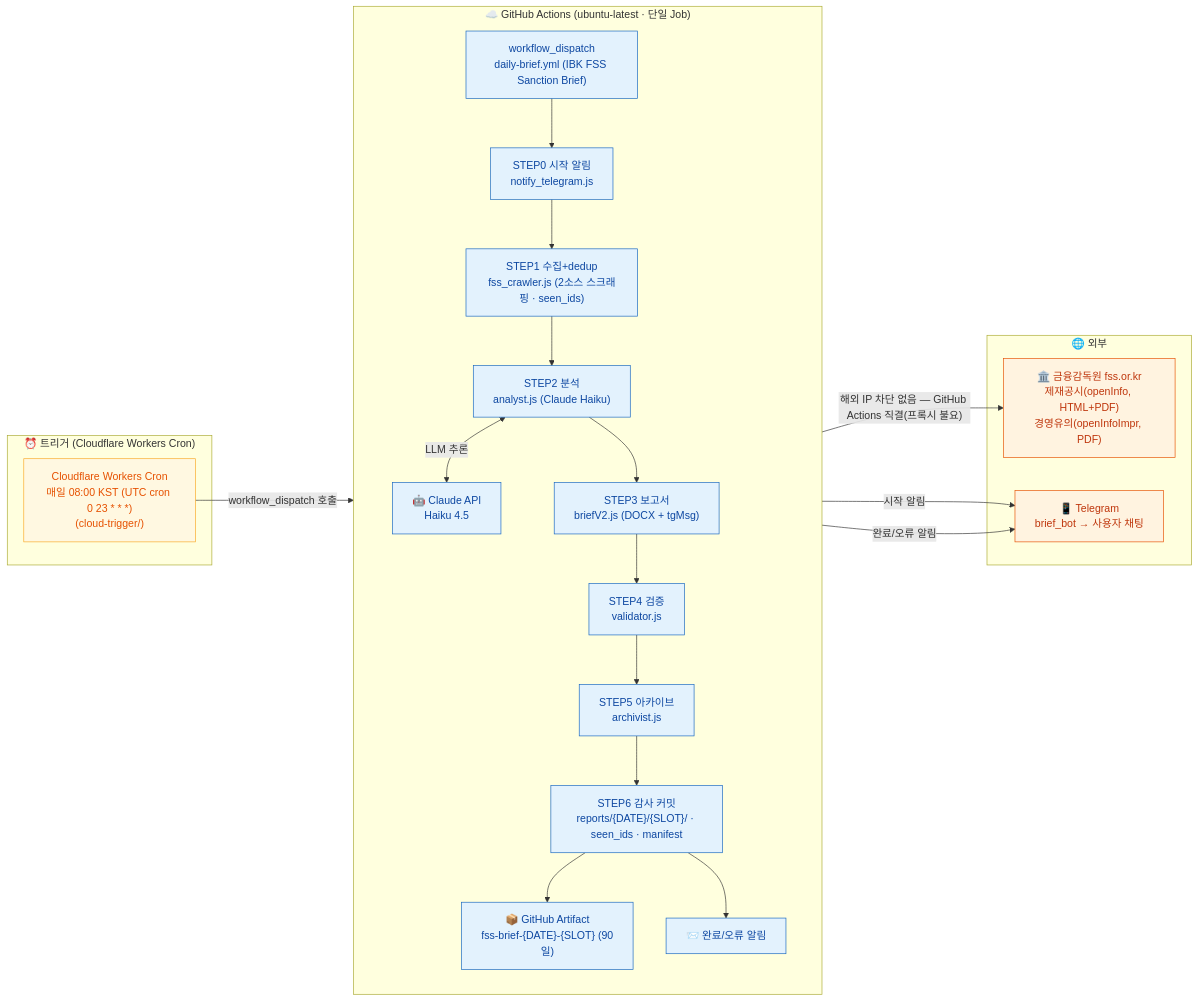
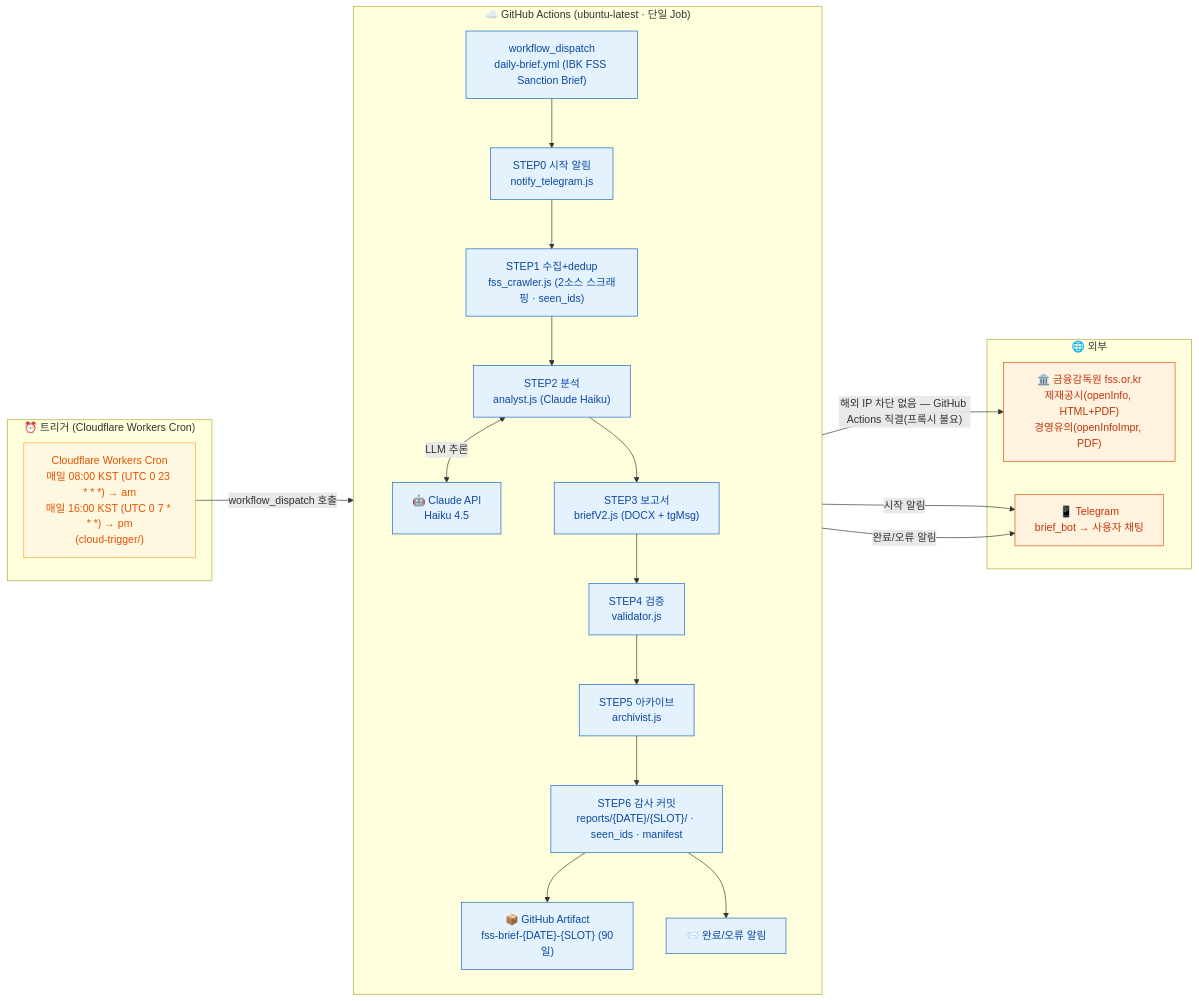
The first of 3 diagrams in docs/technical/ARCHITECTURE.md (pyorocop-lang/ibk-FSS-brief), drawn with Mermaid before and after one commit. The commit also changed other lines of this file and 20 other files, not shown here.

````diff
--- a/docs/technical/ARCHITECTURE.md
+++ b/docs/technical/ARCHITECTURE.md
@@ -13,45 +13,45 @@
 ```mermaid
 flowchart LR
     subgraph TRIGGER["⏰ 트리거 (Cloudflare Workers Cron)"]
-        CRON["Cloudflare Workers Cron\n매일 08:00 KST (UTC cron 0 23 * * *)\n(cloud-trigger/)"]
+        CRON["Cloudflare Workers Cron\n매일 08:00 KST (UTC 0 23 * * *) → am\n매일 16:00 KST (UTC 0 7 * * *) → pm\n(cloud-trigger/)"]
     end
 
     subgraph CLOUD["☁️ GitHub Actions (ubuntu-latest · 단일 Job)"]
         direction TB
         DISPATCH["workflow_dispatch\ndaily-brief.yml (IBK FSS Sanction Brief)"]
         S0["STEP0 시작 알림\nnotify_telegram.js"]
         S1["STEP1 수집+dedup\nfss_crawler.js (2소스 스크래핑 · seen_ids)"]
         S2["STEP2 분석\nanalyst.js (Claude Haiku)"]
         S3["STEP3 보고서\nbriefV2.js (DOCX + tgMsg)"]
         S4["STEP4 검증\nvalidator.js"]
         S5["STEP5 아카이브\narchivist.js"]
         S6["STEP6 감사 커밋\nreports/{DATE}/{SLOT}/ · seen_ids · manifest"]
         ARTIFACT["📦 GitHub Artifact\nfss-brief-{DATE}-{SLOT} (90일)"]
         NOTIFY["📨 완료/오류 알림"]
         CLAUDE["🤖 Claude API\nHaiku 4.5"]
     end
 
     subgraph EXT["🌐 외부"]
         FSS["🏛️ 금융감독원 fss.or.kr\n제재공시(openInfo, HTML+PDF)\n경영유의(openInfoImpr, PDF)"]
         TG["📱 Telegram\nbrief_bot → 사용자 채팅"]
     end
 
     CRON -->|"workflow_dispatch 호출"| DISPATCH
     DISPATCH --> S0 --> S1
     S1 -->|"해외 IP 차단 없음 — GitHub Actions 직결(프록시 불요)"| FSS
     S1 --> S2
     S2 <-->|"LLM 추론"| CLAUDE
     S2 --> S3 --> S4 --> S5 --> S6
     S6 --> ARTIFACT
     S0 -->|"시작 알림"| TG
     S6 --> NOTIFY
     NOTIFY -->|"완료/오류 알림"| TG
 
     classDef trig fill:#FFF8E1,stroke:#F9A825,color:#E65100
     classDef cloud fill:#E3F2FD,stroke:#1565C0,color:#0D47A1
     classDef ext fill:#FFF3E0,stroke:#E65100,color:#BF360C
 
     class CRON trig
     class DISPATCH,S0,S1,S2,S3,S4,S5,S6,ARTIFACT,NOTIFY,CLAUDE cloud
     class FSS,TG ext
 ```
````
